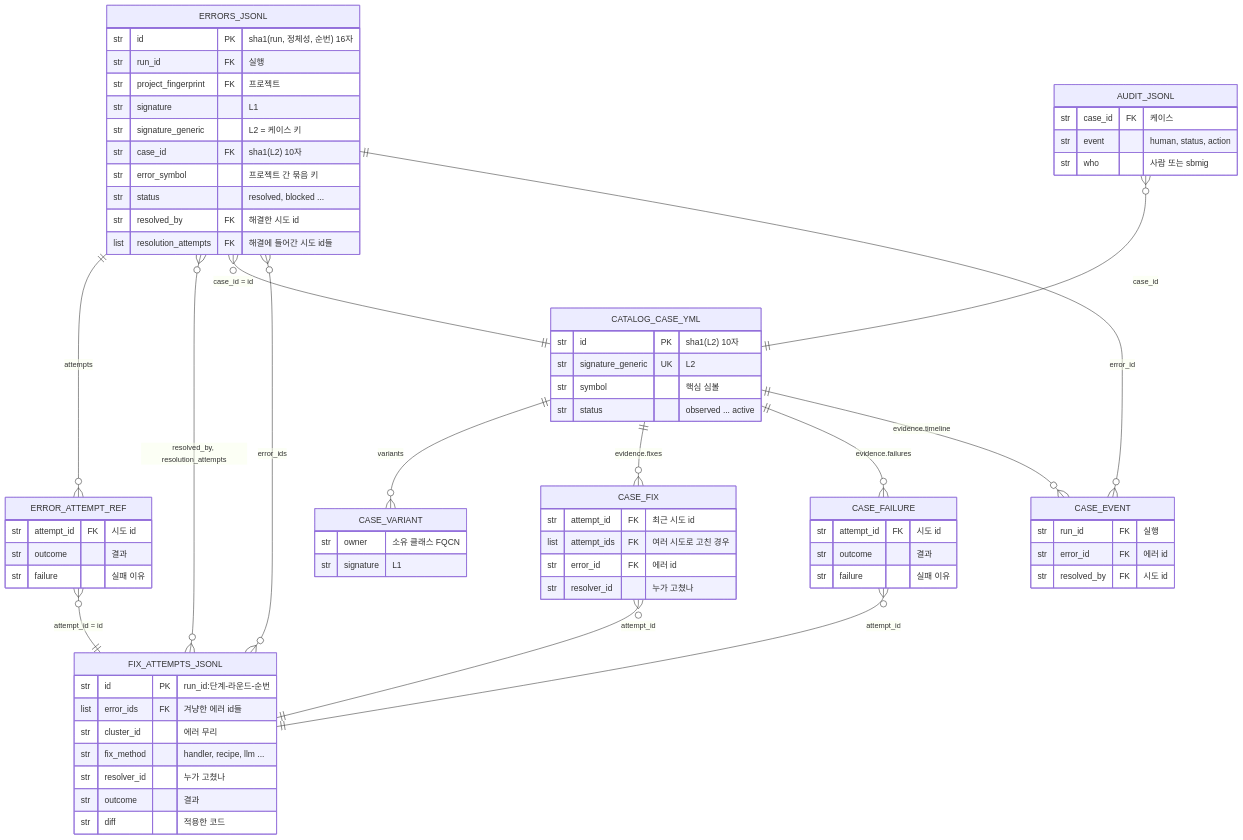
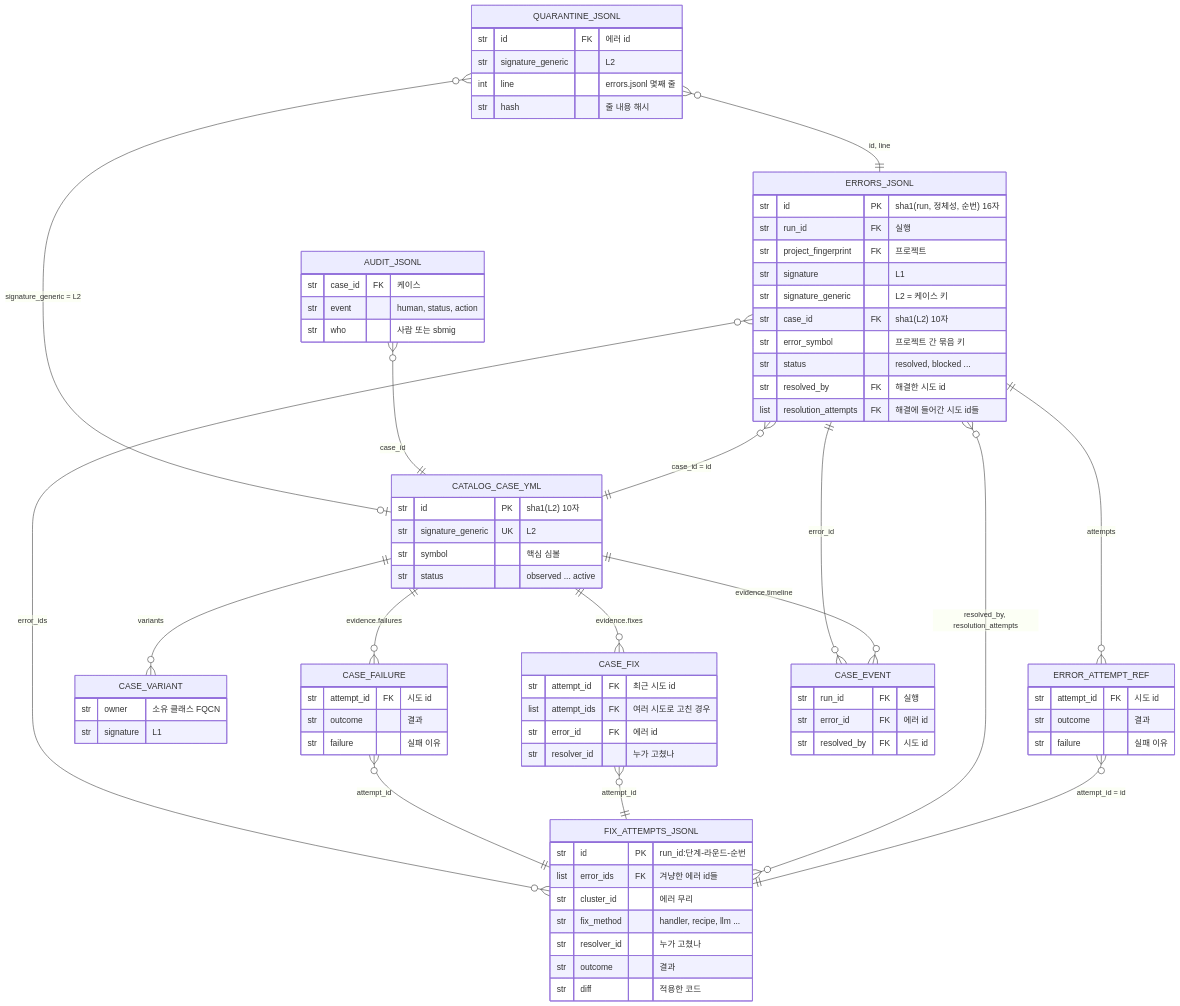
The second of 6 diagrams in docs/kb-map/kb-map.md (acandiatale/tutu), drawn with Mermaid before and after one commit. The commit also changed other lines of this file and 4 other files, not shown here.

First line of the commit message:
Case audit logs the cases a fresh KB's first catalog build creates; the KB map draws every KB file

````diff
--- a/docs/kb-map/kb-map.md
+++ b/docs/kb-map/kb-map.md
@@ -126,73 +128,81 @@
 ```mermaid
 erDiagram
   ERRORS_JSONL {
     str id PK "sha1(run, 정체성, 순번) 16자"
     str run_id FK "실행"
     str project_fingerprint FK "프로젝트"
     str signature "L1"
     str signature_generic "L2 = 케이스 키"
     str case_id FK "sha1(L2) 10자"
     str error_symbol "프로젝트 간 묶음 키"
     str status "resolved, blocked ..."
     str resolved_by FK "해결한 시도 id"
     list resolution_attempts FK "해결에 들어간 시도 id들"
   }
   ERROR_ATTEMPT_REF {
     str attempt_id FK "시도 id"
     str outcome "결과"
     str failure "실패 이유"
   }
   FIX_ATTEMPTS_JSONL {
     str id PK "run_id:단계-라운드-순번"
     list error_ids FK "겨냥한 에러 id들"
     str cluster_id "에러 무리"
     str fix_method "handler, recipe, llm ..."
     str resolver_id "누가 고쳤나"
     str outcome "결과"
     str diff "적용한 코드"
   }
   CATALOG_CASE_YML {
     str id PK "sha1(L2) 10자"
     str signature_generic UK "L2"
     str symbol "핵심 심볼"
     str status "observed ... active"
   }
   CASE_VARIANT {
     str owner "소유 클래스 FQCN"
     str signature "L1"
   }
   CASE_FIX {
     str attempt_id FK "최근 시도 id"
     list attempt_ids FK "여러 시도로 고친 경우"
     str error_id FK "에러 id"
     str resolver_id "누가 고쳤나"
   }
   CASE_FAILURE {
     str attempt_id FK "시도 id"
     str outcome "결과"
     str failure "실패 이유"
   }
   CASE_EVENT {
     str run_id FK "실행"
     str error_id FK "에러 id"
     str resolved_by FK "시도 id"
   }
   AUDIT_JSONL {
     str case_id FK "케이스"
     str event "human, status, action"
     str who "사람 또는 sbmig"
   }
+  QUARANTINE_JSONL {
+    str id FK "에러 id"
+    str signature_generic "L2"
+    int line "errors.jsonl 몇째 줄"
+    str hash "줄 내용 해시"
+  }
   ERRORS_JSONL ||--o{ ERROR_ATTEMPT_REF : "attempts"
   ERROR_ATTEMPT_REF }o--|| FIX_ATTEMPTS_JSONL : "attempt_id = id"
   ERRORS_JSONL }o--o{ FIX_ATTEMPTS_JSONL : "resolved_by, resolution_attempts"
   FIX_ATTEMPTS_JSONL }o--o{ ERRORS_JSONL : "error_ids"
   ERRORS_JSONL }o--|| CATALOG_CASE_YML : "case_id = id"
   CATALOG_CASE_YML ||--o{ CASE_VARIANT : "variants"
   CATALOG_CASE_YML ||--o{ CASE_FIX : "evidence.fixes"
   CATALOG_CASE_YML ||--o{ CASE_FAILURE : "evidence.failures"
   CATALOG_CASE_YML ||--o{ CASE_EVENT : "evidence.timeline"
   CASE_FIX }o--|| FIX_ATTEMPTS_JSONL : "attempt_id"
   CASE_FAILURE }o--|| FIX_ATTEMPTS_JSONL : "attempt_id"
   CASE_EVENT }o--|| ERRORS_JSONL : "error_id"
   AUDIT_JSONL }o--|| CATALOG_CASE_YML : "case_id"
+  QUARANTINE_JSONL }o--|| ERRORS_JSONL : "id, line"
+  QUARANTINE_JSONL }o--o| CATALOG_CASE_YML : "signature_generic = L2"
 ```
````
